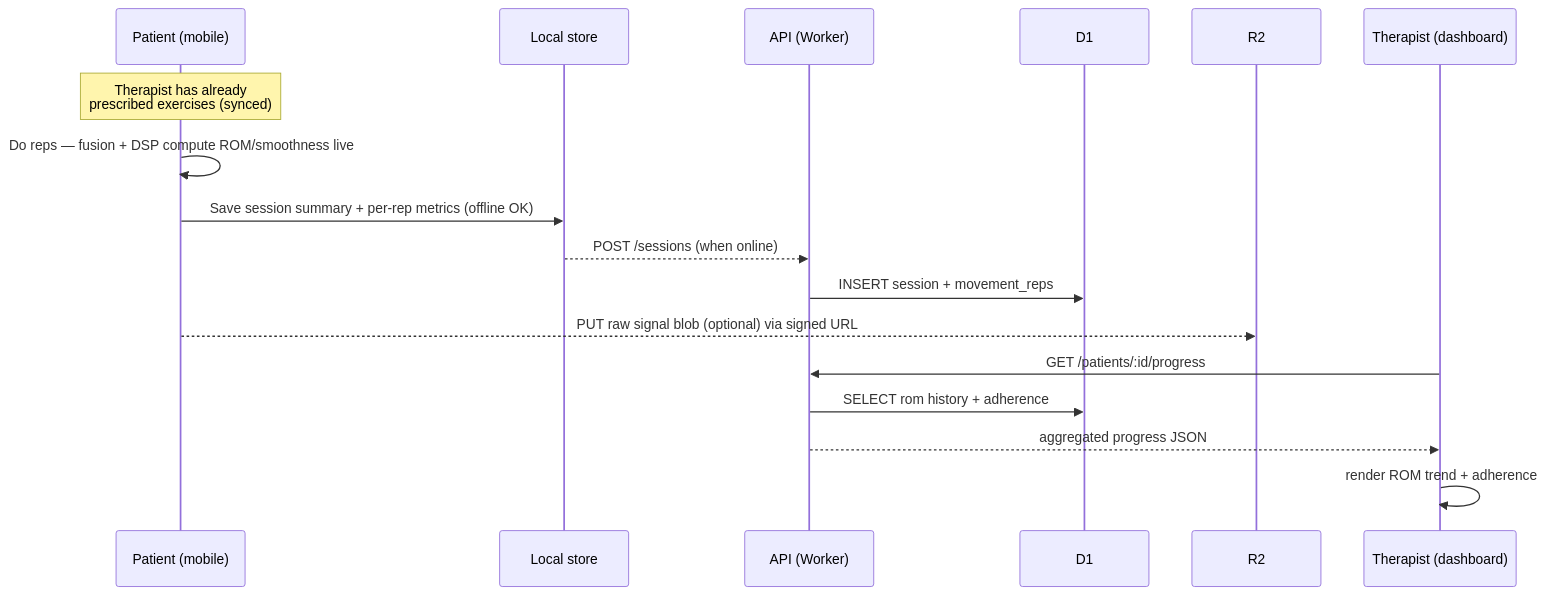
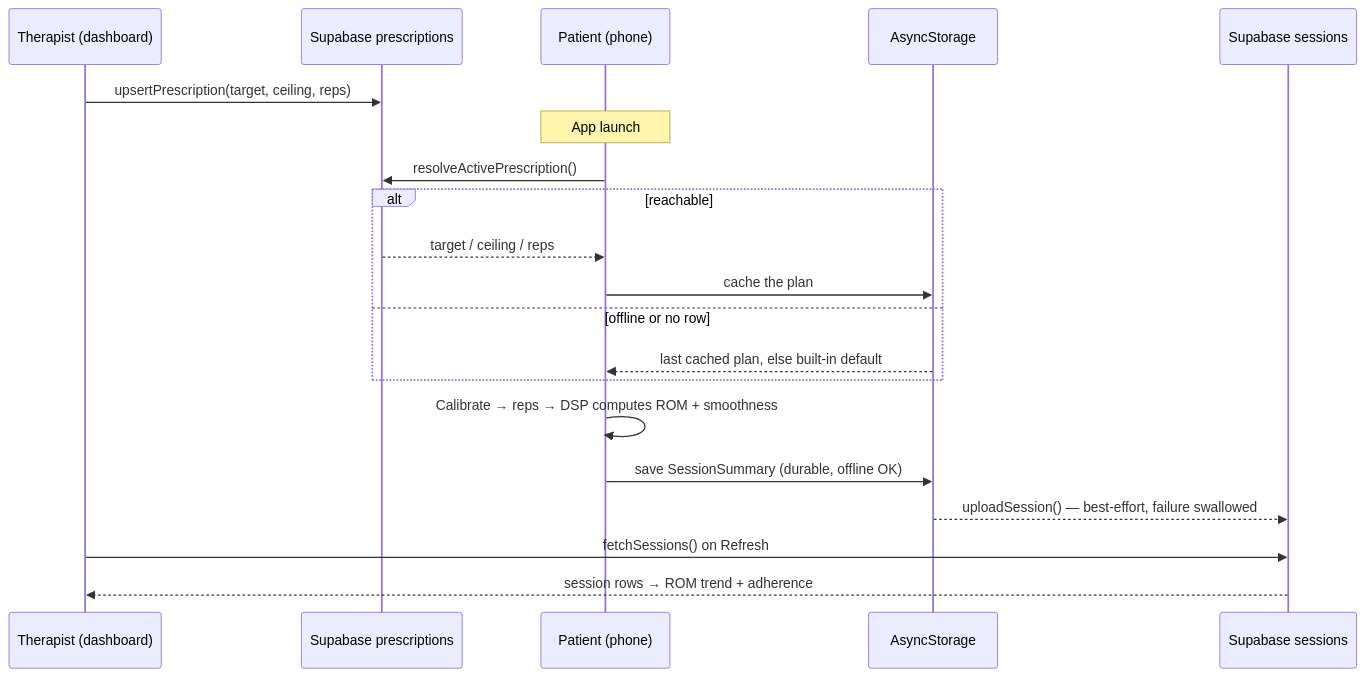
The second of 2 diagrams in pulihgo-app/docs/02-architecture.md (radityawsgtg/Pulihgo), drawn with Mermaid before and after one commit. The commit also changed other lines of this file and 5 other files, not shown here.

````diff
--- a/pulihgo-app/docs/02-architecture.md
+++ b/pulihgo-app/docs/02-architecture.md
@@ -88,20 +116,23 @@
 ```mermaid
 sequenceDiagram
-    participant P as Patient (mobile)
-    participant L as Local store
-    participant A as API (Worker)
-    participant D as D1
-    participant R as R2
     participant T as Therapist (dashboard)
+    participant RX as Supabase prescriptions
+    participant P as Patient (phone)
+    participant L as AsyncStorage
+    participant S as Supabase sessions
 
-    Note over P: Therapist has already<br/>prescribed exercises (synced)
-    P->>P: Do reps — fusion + DSP compute ROM/smoothness live
-    P->>L: Save session summary + per-rep metrics (offline OK)
-    L-->>A: POST /sessions (when online)
-    A->>D: INSERT session + movement_reps
-    P-->>R: PUT raw signal blob (optional) via signed URL
-    T->>A: GET /patients/:id/progress
-    A->>D: SELECT rom history + adherence
-    A-->>T: aggregated progress JSON
-    T->>T: render ROM trend + adherence
+    T->>RX: upsertPrescription(target, ceiling, reps)
+    Note over P: App launch
+    P->>RX: resolveActivePrescription()
+    alt reachable
+        RX-->>P: target / ceiling / reps
+        P->>L: cache the plan
+    else offline or no row
+        L-->>P: last cached plan, else built-in default
+    end
+    P->>P: Calibrate → reps → DSP computes ROM + smoothness
+    P->>L: save SessionSummary (durable, offline OK)
+    L-->>S: uploadSession() — best-effort, failure swallowed
+    T->>S: fetchSessions() on Refresh
+    S-->>T: session rows → ROM trend + adherence
 ```
````
